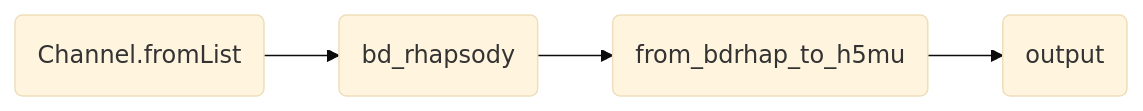
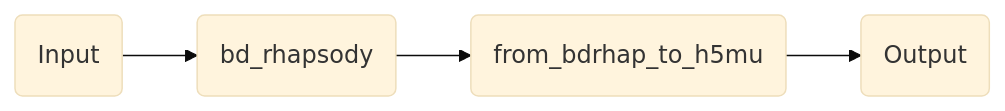
Before and after one commit to openpipelines-bio/website: the diagram in components/workflow_ingestion_bd_rhapsody.qmd, drawn with Mermaid (base theme). The commit also changed 6 other files, not shown here.

Commit message:
update pipeline graphs

````diff
--- a/components/workflow_ingestion_bd_rhapsody.qmd
+++ b/components/workflow_ingestion_bd_rhapsody.qmd
@@ -115,12 +115,12 @@
 ```{mermaid}
 %%| column: screen-inset-shaded
 flowchart LR
-    p0(Channel.fromList)
+    p0(Input)
     p8(bd_rhapsody)
     p16(from_bdrhap_to_h5mu)
-    p22(output)
+    p22(Output)
     p0-->p8
     p8-->p16
     p16-->p22
 
 ```
````
